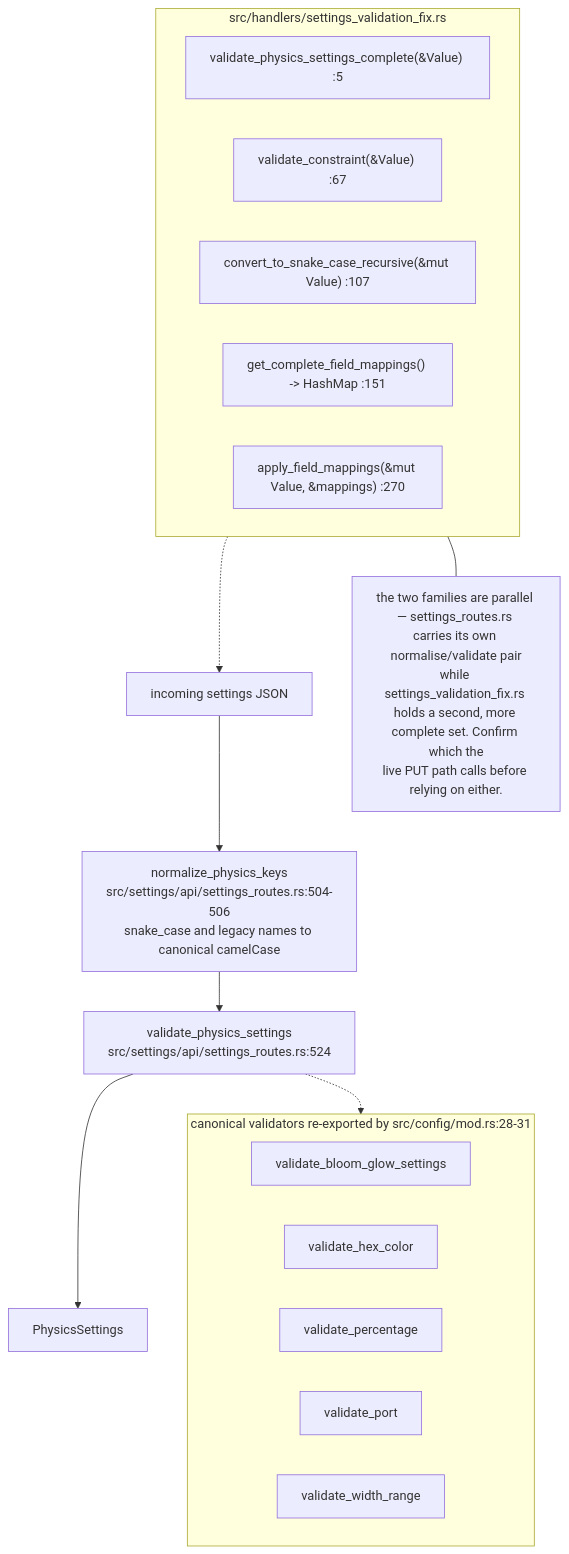
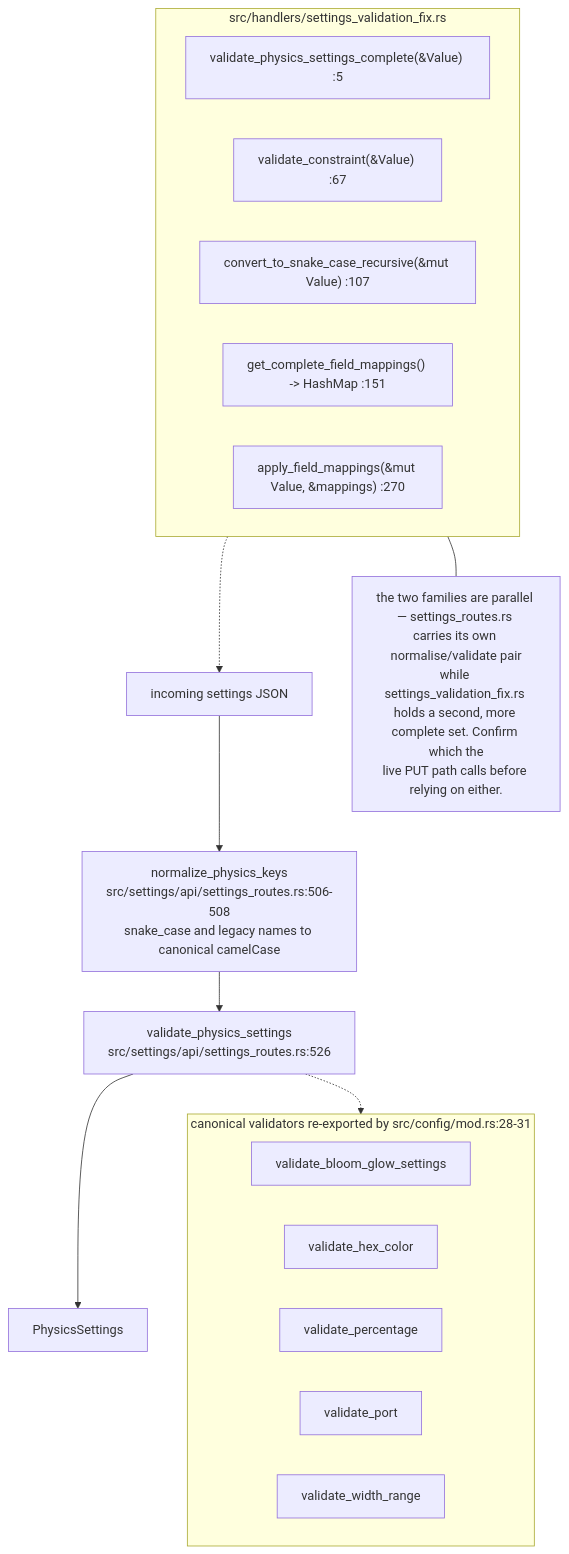
One commit to DreamLab-AI/AR-AI-Knowledge-Graph changed the eighth of 10 diagrams in docs/diagrams/visionclaw/06-settings-round-trip.md. Above: the diagram before and after it, drawn with Mermaid. The commit also changed other lines of this file and 73 other files, not shown here.

First line of the commit message:
docs(diagrams): re-verify all 71 topic files against HEAD; add --cite-check

````diff
--- a/docs/diagrams/visionclaw/06-settings-round-trip.md
+++ b/docs/diagrams/visionclaw/06-settings-round-trip.md
@@ -283,25 +283,25 @@
 ```mermaid
 flowchart TB
     IN["incoming settings JSON"]
-    IN --> N1["normalize_physics_keys<br/>src/settings/api/settings_routes.rs:504-506<br/>snake_case and legacy names to canonical camelCase"]
-    N1 --> V1["validate_physics_settings<br/>src/settings/api/settings_routes.rs:524"]
+    IN --> N1["normalize_physics_keys<br/>src/settings/api/settings_routes.rs:506-508<br/>snake_case and legacy names to canonical camelCase"]
+    N1 --> V1["validate_physics_settings<br/>src/settings/api/settings_routes.rs:526"]
     V1 --> OUT["PhysicsSettings"]
     subgraph FIX["src/handlers/settings_validation_fix.rs"]
         F1["validate_physics_settings_complete(&Value) :5"]
         F2["validate_constraint(&Value) :67"]
         F3["convert_to_snake_case_recursive(&mut Value) :107"]
         F4["get_complete_field_mappings() -> HashMap :151"]
         F5["apply_field_mappings(&mut Value, &mappings) :270"]
     end
     subgraph DOM["canonical validators re-exported by src/config/mod.rs:28-31"]
         D1["validate_bloom_glow_settings"]
         D2["validate_hex_color"]
         D3["validate_percentage"]
         D4["validate_port"]
         D5["validate_width_range"]
     end
     V1 -.-> DOM
     FIX -.-> IN
     NOTE["the two families are parallel — settings_routes.rs carries its own normalise/validate pair<br/>while settings_validation_fix.rs holds a second, more complete set. Confirm which the<br/>live PUT path calls before relying on either."]
     FIX --- NOTE
 ```
````
